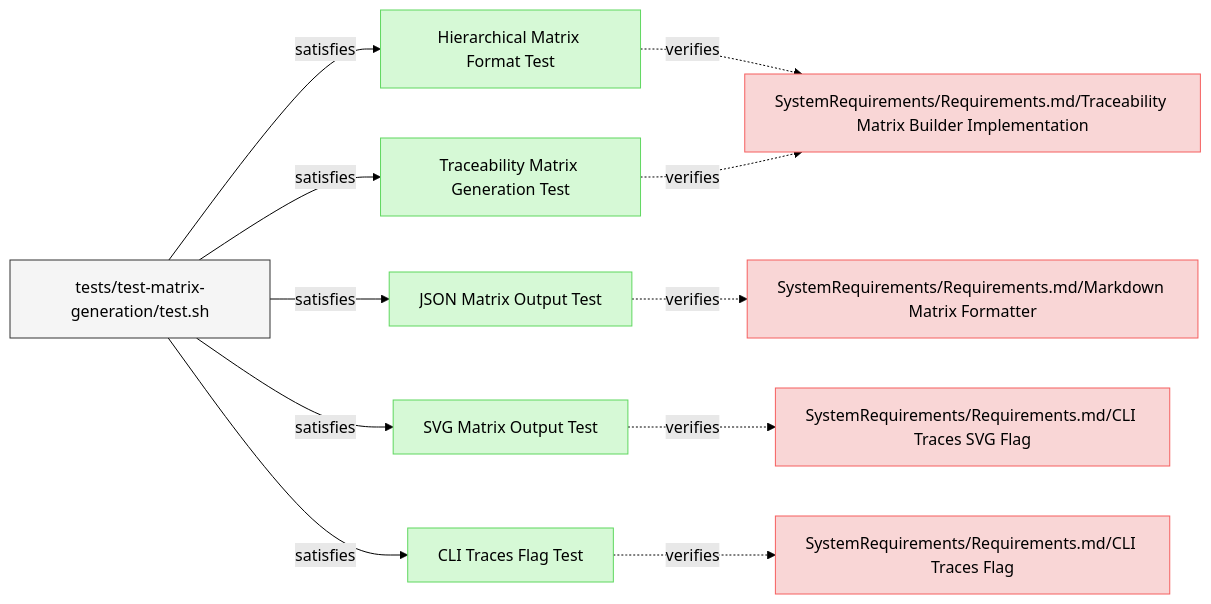
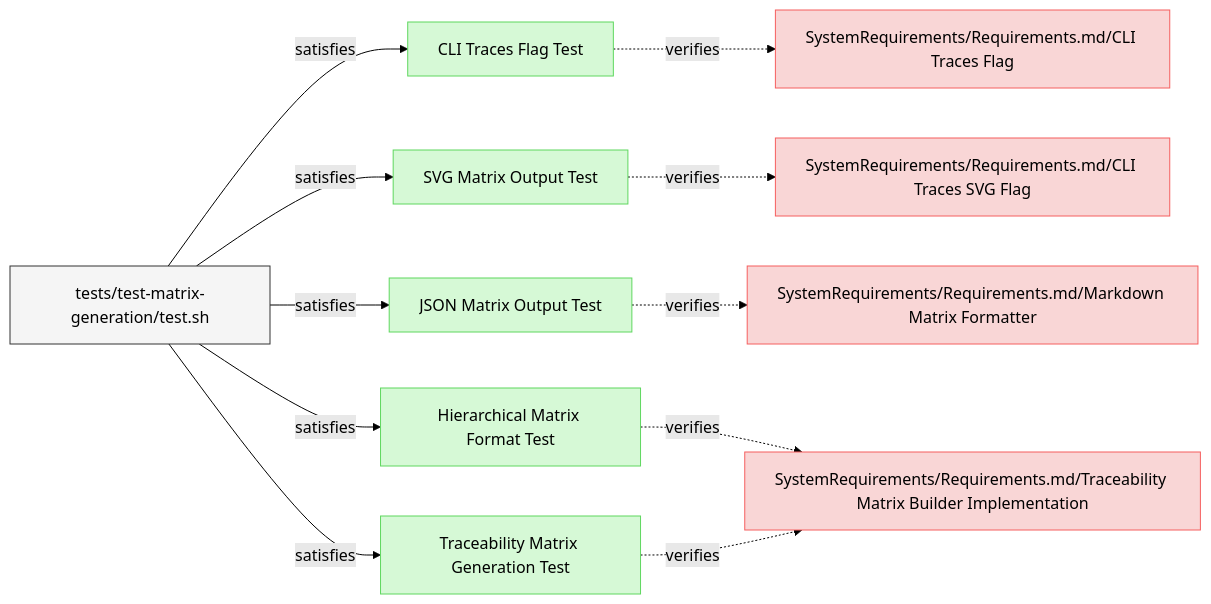
Before and after one commit to reqvire-org/reqvire: the diagram in specifications/Verifications/TreacibilityMatrix.md, drawn with Mermaid (forest theme). The commit also changed 72 other files, not shown here.

Commit message:
Major rework of the logic in reqvire. It uses git repository root as root folder and everything else is relative to it. External folders and specifications folder concept has been deprecated.

````diff
--- a/specifications/Verifications/TreacibilityMatrix.md
+++ b/specifications/Verifications/TreacibilityMatrix.md
@@ -6,49 +6,49 @@
 ```mermaid
 graph LR;
   %% Graph styling
   classDef requirement fill:#f9d6d6,stroke:#f55f5f,stroke-width:1px;
   classDef verification fill:#d6f9d6,stroke:#5fd75f,stroke-width:1px;
   classDef externalLink fill:#d0e0ff,stroke:#3080ff,stroke-width:1px;
   classDef default fill:#f5f5f5,stroke:#333333,stroke-width:1px;
 
+  b7104ba5d6e919aa["CLI Traces Flag Test"];
+  click b7104ba5d6e919aa "TreacibilityMatrix.md#cli-traces-flag-test";
+  class b7104ba5d6e919aa verification;
+  cdab2d3174ce86a9["SystemRequirements/Requirements.md/CLI Traces Flag"];
+  class cdab2d3174ce86a9 requirement;
+  click cdab2d3174ce86a9 "../SystemRequirements/Requirements.md#cli-traces-flag";
+  b7104ba5d6e919aa -.->|verifies| cdab2d3174ce86a9;
+  1da67df379ec30a7["tests/test-matrix-generation/test.sh"];
+  class 1da67df379ec30a7 default;
+  click 1da67df379ec30a7 "../../tests/test-matrix-generation/test.sh";
+  1da67df379ec30a7 -->|satisfies| b7104ba5d6e919aa;
+  1c94ff3648305a2e["SVG Matrix Output Test"];
+  click 1c94ff3648305a2e "TreacibilityMatrix.md#svg-matrix-output-test";
+  class 1c94ff3648305a2e verification;
+  a0943a440707d910["SystemRequirements/Requirements.md/CLI Traces SVG Flag"];
+  class a0943a440707d910 requirement;
+  click a0943a440707d910 "../SystemRequirements/Requirements.md#cli-traces-svg-flag";
+  1c94ff3648305a2e -.->|verifies| a0943a440707d910;
+  1da67df379ec30a7 -->|satisfies| 1c94ff3648305a2e;
+  8d84c50488d5a478["JSON Matrix Output Test"];
+  click 8d84c50488d5a478 "TreacibilityMatrix.md#json-matrix-output-test";
+  class 8d84c50488d5a478 verification;
+  3b2f98c43f1ed3bb["SystemRequirements/Requirements.md/Markdown Matrix Formatter"];
+  class 3b2f98c43f1ed3bb requirement;
+  click 3b2f98c43f1ed3bb "../SystemRequirements/Requirements.md#markdown-matrix-formatter";
+  8d84c50488d5a478 -.->|verifies| 3b2f98c43f1ed3bb;
+  1da67df379ec30a7 -->|satisfies| 8d84c50488d5a478;
   f4d7d0e53abef947["Hierarchical Matrix Format Test"];
-  click f4d7d0e53abef947 "https://github.com/Reqvire/reqvire/blob/ad88ba6b828e94c93382866fefd058c011c1ac60/specifications/Verifications/TreacibilityMatrix.md#hierarchical-matrix-format-test";
+  click f4d7d0e53abef947 "TreacibilityMatrix.md#hierarchical-matrix-format-test";
   class f4d7d0e53abef947 verification;
   a8066f495e5ed5dd["SystemRequirements/Requirements.md/Traceability Matrix Builder Implementation"];
   class a8066f495e5ed5dd requirement;
-  click a8066f495e5ed5dd "https://github.com/Reqvire/reqvire/blob/ad88ba6b828e94c93382866fefd058c011c1ac60/specifications/SystemRequirements/Requirements.md#traceability-matrix-builder-implementation";
+  click a8066f495e5ed5dd "../SystemRequirements/Requirements.md#traceability-matrix-builder-implementation";
   f4d7d0e53abef947 -.->|verifies| a8066f495e5ed5dd;
-  1da67df379ec30a7["tests/test-matrix-generation/test.sh"];
-  class 1da67df379ec30a7 default;
-  click 1da67df379ec30a7 "https://github.com/Reqvire/reqvire/blob/ad88ba6b828e94c93382866fefd058c011c1ac60/tests/test-matrix-generation/test.sh";
   1da67df379ec30a7 -->|satisfies| f4d7d0e53abef947;
-  8d84c50488d5a478["JSON Matrix Output Test"];
-  click 8d84c50488d5a478 "https://github.com/Reqvire/reqvire/blob/ad88ba6b828e94c93382866fefd058c011c1ac60/specifications/Verifications/TreacibilityMatrix.md#json-matrix-output-test";
-  class 8d84c50488d5a478 verification;
-  3b2f98c43f1ed3bb["SystemRequirements/Requirements.md/Markdown Matrix Formatter"];
-  class 3b2f98c43f1ed3bb requirement;
-  click 3b2f98c43f1ed3bb "https://github.com/Reqvire/reqvire/blob/ad88ba6b828e94c93382866fefd058c011c1ac60/specifications/SystemRequirements/Requirements.md#markdown-matrix-formatter";
-  8d84c50488d5a478 -.->|verifies| 3b2f98c43f1ed3bb;
-  1da67df379ec30a7 -->|satisfies| 8d84c50488d5a478;
   50c150f0e22806d["Traceability Matrix Generation Test"];
-  click 50c150f0e22806d "https://github.com/Reqvire/reqvire/blob/ad88ba6b828e94c93382866fefd058c011c1ac60/specifications/Verifications/TreacibilityMatrix.md#traceability-matrix-generation-test";
+  click 50c150f0e22806d "TreacibilityMatrix.md#traceability-matrix-generation-test";
   class 50c150f0e22806d verification;
   50c150f0e22806d -.->|verifies| a8066f495e5ed5dd;
   1da67df379ec30a7 -->|satisfies| 50c150f0e22806d;
-  1c94ff3648305a2e["SVG Matrix Output Test"];
-  click 1c94ff3648305a2e "https://github.com/Reqvire/reqvire/blob/ad88ba6b828e94c93382866fefd058c011c1ac60/specifications/Verifications/TreacibilityMatrix.md#svg-matrix-output-test";
-  class 1c94ff3648305a2e verification;
-  a0943a440707d910["SystemRequirements/Requirements.md/CLI Traces SVG Flag"];
-  class a0943a440707d910 requirement;
-  click a0943a440707d910 "https://github.com/Reqvire/reqvire/blob/ad88ba6b828e94c93382866fefd058c011c1ac60/specifications/SystemRequirements/Requirements.md#cli-traces-svg-flag";
-  1c94ff3648305a2e -.->|verifies| a0943a440707d910;
-  1da67df379ec30a7 -->|satisfies| 1c94ff3648305a2e;
-  b7104ba5d6e919aa["CLI Traces Flag Test"];
-  click b7104ba5d6e919aa "https://github.com/Reqvire/reqvire/blob/ad88ba6b828e94c93382866fefd058c011c1ac60/specifications/Verifications/TreacibilityMatrix.md#cli-traces-flag-test";
-  class b7104ba5d6e919aa verification;
-  cdab2d3174ce86a9["SystemRequirements/Requirements.md/CLI Traces Flag"];
-  class cdab2d3174ce86a9 requirement;
-  click cdab2d3174ce86a9 "https://github.com/Reqvire/reqvire/blob/ad88ba6b828e94c93382866fefd058c011c1ac60/specifications/SystemRequirements/Requirements.md#cli-traces-flag";
-  b7104ba5d6e919aa -.->|verifies| cdab2d3174ce86a9;
-  1da67df379ec30a7 -->|satisfies| b7104ba5d6e919aa;
 ```
````
